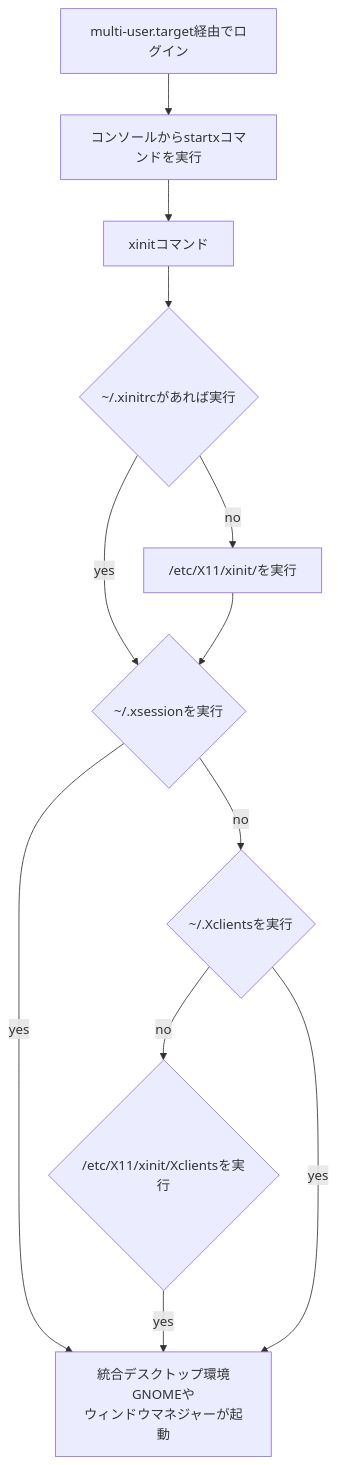
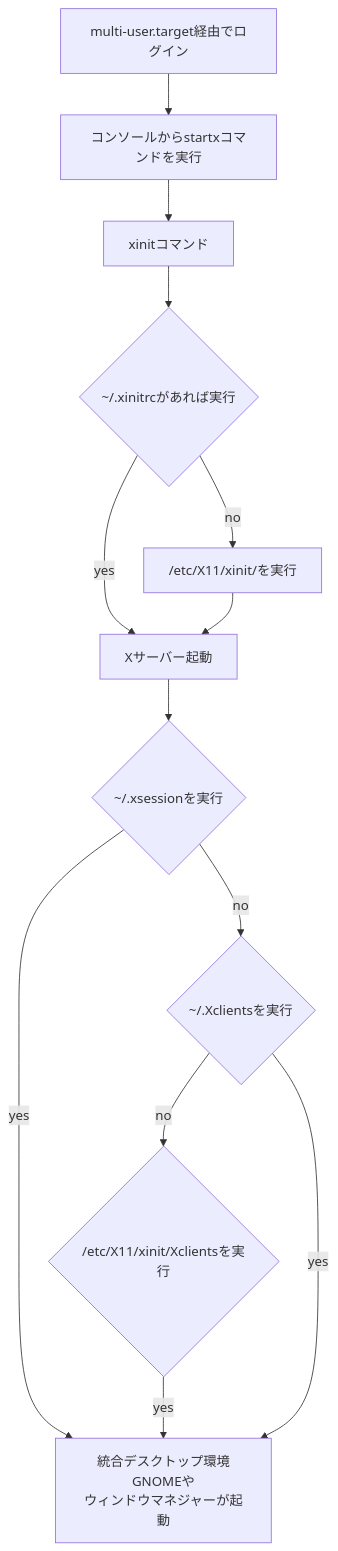
The second of 2 diagrams in _posts/2021-05-12-X-Window-System.md (RyoNakagami/RyoNakagami.github.io), drawn with Mermaid before and after one commit. The commit also changed other lines of this file and 6 other files, not shown here.

````diff
--- a/_posts/2021-05-12-X-Window-System.md
+++ b/_posts/2021-05-12-X-Window-System.md
@@ -106,14 +106,15 @@
 ```mermaid
 flowchart TD
     A[ multi-user.target経由でログイン ] --> B[コンソールからstartxコマンドを実行]
     B --> C[xinitコマンド]
     C -->D{~/.xinitrcがあれば実行}
     D -->|no| E[ /etc/X11/xinit/を実行 ]
     D -->|yes|F
-    E --> F{ ~/.xsessionを実行}
-    F -->|no| G{~/.Xclientsを実行}
+    E --> F[Xサーバー起動] 
+    F --> Z{ ~/.xsessionを実行}
+    Z -->|no| G{~/.Xclientsを実行}
     G -->|no| H{ /etc/X11/xinit/Xclientsを実行}
-    F -->|yes| I[統合デスクトップ環境GNOMEや<br>ウィンドウマネジャーが起動]
+    Z -->|yes| I[統合デスクトップ環境GNOMEや<br>ウィンドウマネジャーが起動]
     H -->|yes| I
     G -->|yes| I
 ```
````
